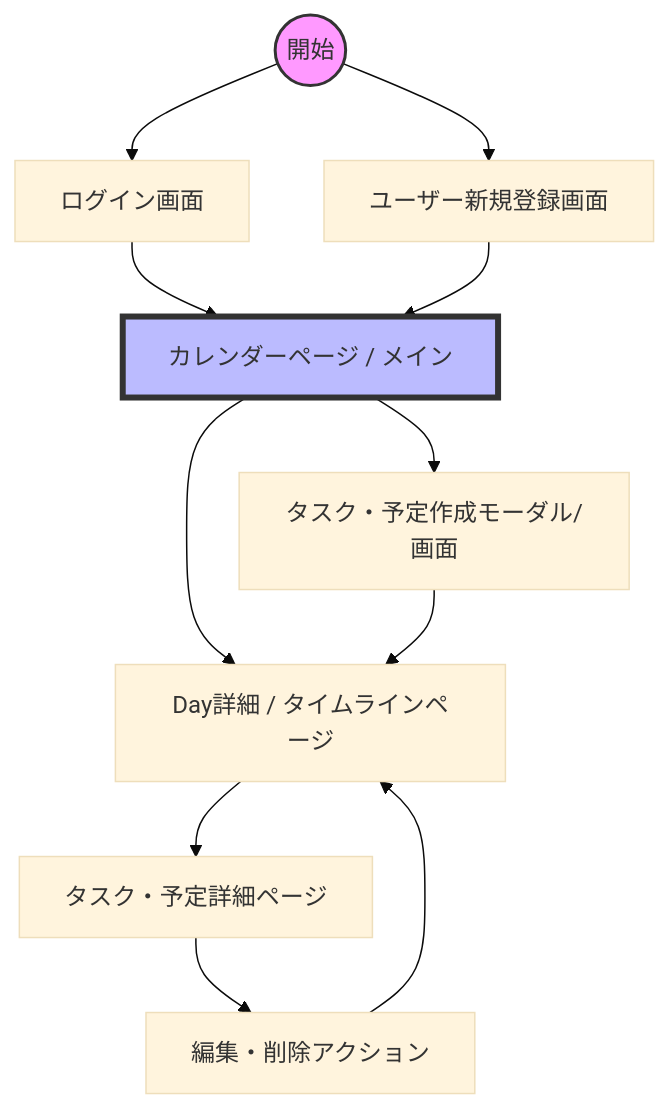
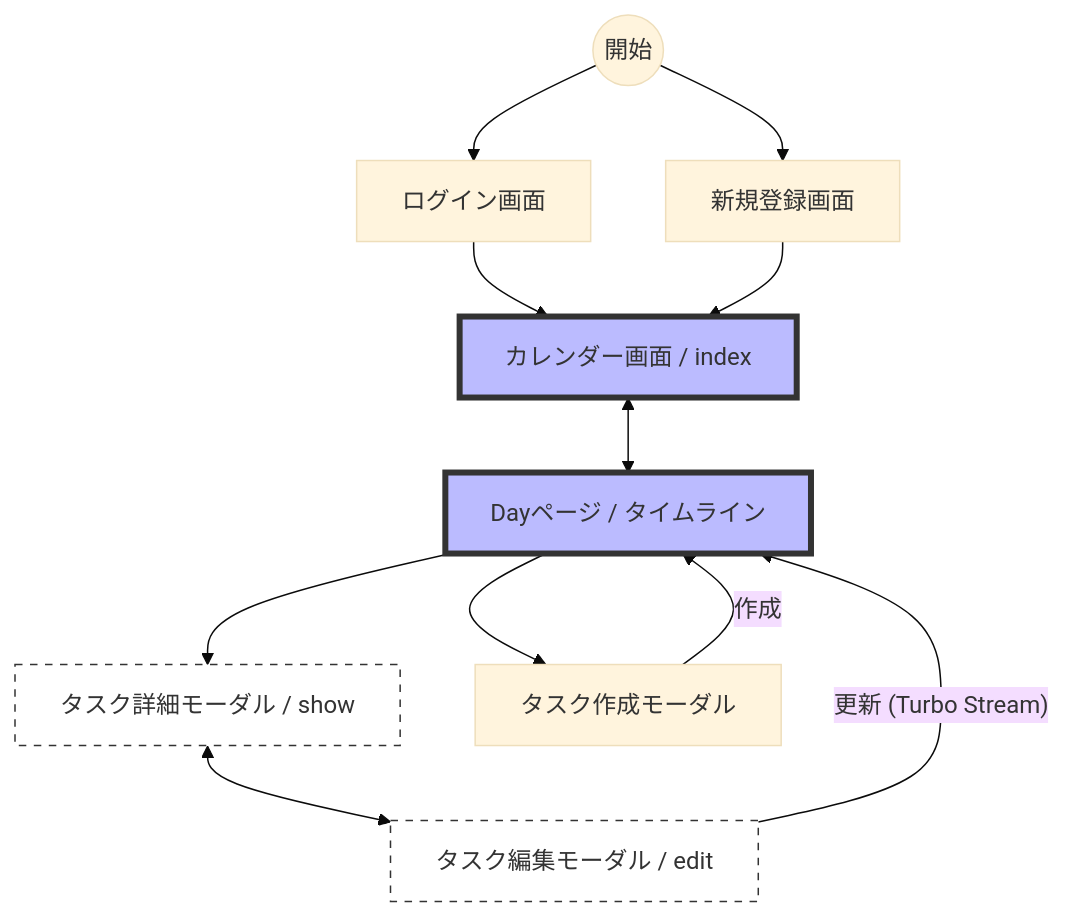
Before and after one commit to ymshkdev/TaskStreamliner: the second of 2 diagrams in README.md, drawn with Mermaid (base theme).

````diff
--- a/README.md
+++ b/README.md
@@ -138,26 +138,28 @@
 ```mermaid
 graph TD
     %% ログイン前
     Start((開始)) --> Login[ログイン画面]
-    Start --> Signup[ユーザー新規登録画面]
+    Start --> Signup[新規登録画面]
     
-    %% ログイン後
-    Login --> Calendar[カレンダーページ / メイン]
-    Signup --> Calendar
+    %% ログイン後（メイン）
+    Login --> Index[カレンダー画面 / index]
+    Signup --> Index
     
-    %% メインからの遷移
-    Calendar --> TaskNew[タスク・予定作成モーダル/画面]
-    Calendar --> DayDetail[Day詳細 / タイムラインページ]
+    %% カレンダーとDayページの相互遷移
+    Index <--> Day[Dayページ / タイムライン]
     
-    %% 詳細への遷移
-    DayDetail --> TaskDetail[タスク・予定詳細ページ]
-    TaskNew --> DayDetail
+    %% Dayページ内での詳細・編集の流れ
+    Day --> TaskShow[タスク詳細モーダル / show]
+    TaskShow <--> TaskEdit[タスク編集モーダル / edit]
     
-    %% 編集・削除の流れ
-    TaskDetail --> TaskEdit[編集・削除アクション]
-    TaskEdit --> DayDetail
-    
+    %% アクション後の戻り
+    TaskEdit -- "更新 (Turbo Stream)" --> Day
+    TaskNew[タスク作成モーダル] -- "作成" --> Day
+    Day --> TaskNew
+
     %% スタイル設定
-    style Start fill:#f9f,stroke:#333,stroke-width:2px
-    style Calendar fill:#bbf,stroke:#333,stroke-width:4px
+    style Index fill:#bbf,stroke:#333,stroke-width:4px
+    style Day fill:#bbf,stroke:#333,stroke-width:4px
+    style TaskShow fill:#fff,stroke:#333,stroke-dasharray: 5 5
+    style TaskEdit fill:#fff,stroke:#333,stroke-dasharray: 5 5
 ```
````
